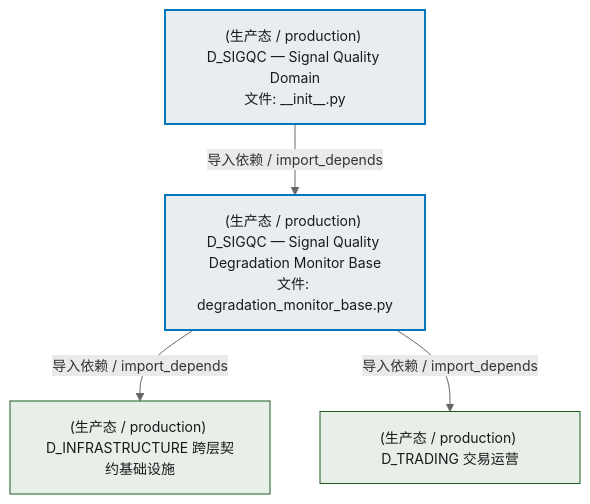
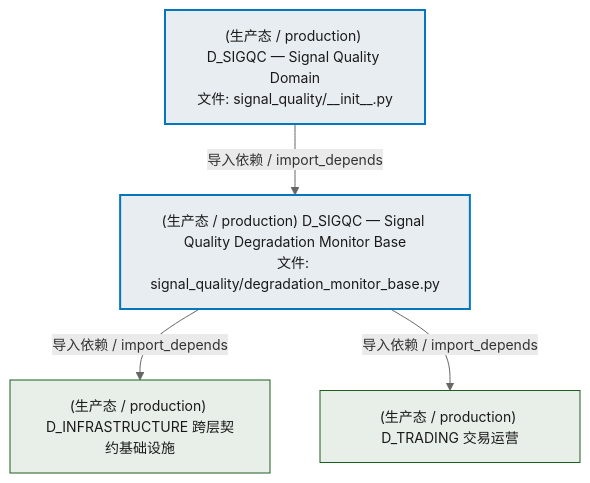
The second of 3 diagrams in docs/02_enterprise_architecture/02_domain_architecture_docs/69_d_sigqc.md (xuanFelixVan/ZephyrAlpha), drawn with Mermaid before and after one commit. The commit also changed other lines of this file and 63 other files, not shown here.

````diff
--- a/docs/02_enterprise_architecture/02_domain_architecture_docs/69_d_sigqc.md
+++ b/docs/02_enterprise_architecture/02_domain_architecture_docs/69_d_sigqc.md
@@ -84,17 +84,17 @@
 ```mermaid
 %%{init: {'theme': 'base', 'themeVariables': {'primaryColor': '#eaeaea', 'primaryTextColor': '#333333', 'primaryBorderColor': '#666666', 'lineColor': '#666666', 'secondaryColor': '#eaeaea', 'tertiaryColor': '#eaeaea', 'fontSize': '14px'}}}%%
 flowchart TD
-    src_zephyr_signal_quality_init_py["(生产态 / production) D_SIGQC — Signal Quality Domain<br/>文件: __init__.py"]
-    src_zephyr_signal_quality_degradation_monitor_base_py["(生产态 / production) D_SIGQC — Signal Quality Degradation Monitor Base<br/>文件: degradation_monitor_base.py"]
+    src_zephyr_signal_quality_init_py["(生产态 / production) D_SIGQC — Signal Quality Domain<br/>文件: signal_quality/__init__.py"]
+    src_zephyr_signal_quality_degradation_monitor_base_py["(生产态 / production) D_SIGQC — Signal Quality Degradation Monitor Base<br/>文件: signal_quality/degradation_monitor_base.py"]
     src_zephyr_signal_quality_init_py -->|导入依赖 / import_depends| src_zephyr_signal_quality_degradation_monitor_base_py
     D_INFRASTRUCTURE["(生产态 / production) D_INFRASTRUCTURE 跨层契约基础设施"]
     src_zephyr_signal_quality_degradation_monitor_base_py -->|导入依赖 / import_depends| D_INFRASTRUCTURE
     D_TRADING["(生产态 / production) D_TRADING 交易运营"]
     src_zephyr_signal_quality_degradation_monitor_base_py -->|导入依赖 / import_depends| D_TRADING
     classDef production fill:#e8edf2,stroke:#0277bd,stroke-width:2px,color:#1a1a1a
     classDef design fill:#f0ebe3,stroke:#bf360c,stroke-width:2px,color:#1a1a1a,stroke-dasharray: 5 5
     classDef external_prod fill:#e8efe9,stroke:#1b5e20,stroke-width:1px,color:#1a1a1a
     classDef external_design fill:#efe5ea,stroke:#880e4f,stroke-width:1px,color:#1a1a1a,stroke-dasharray: 5 5
     class src_zephyr_signal_quality_init_py,src_zephyr_signal_quality_degradation_monitor_base_py production
     class D_INFRASTRUCTURE,D_TRADING external_prod
 ```
````
